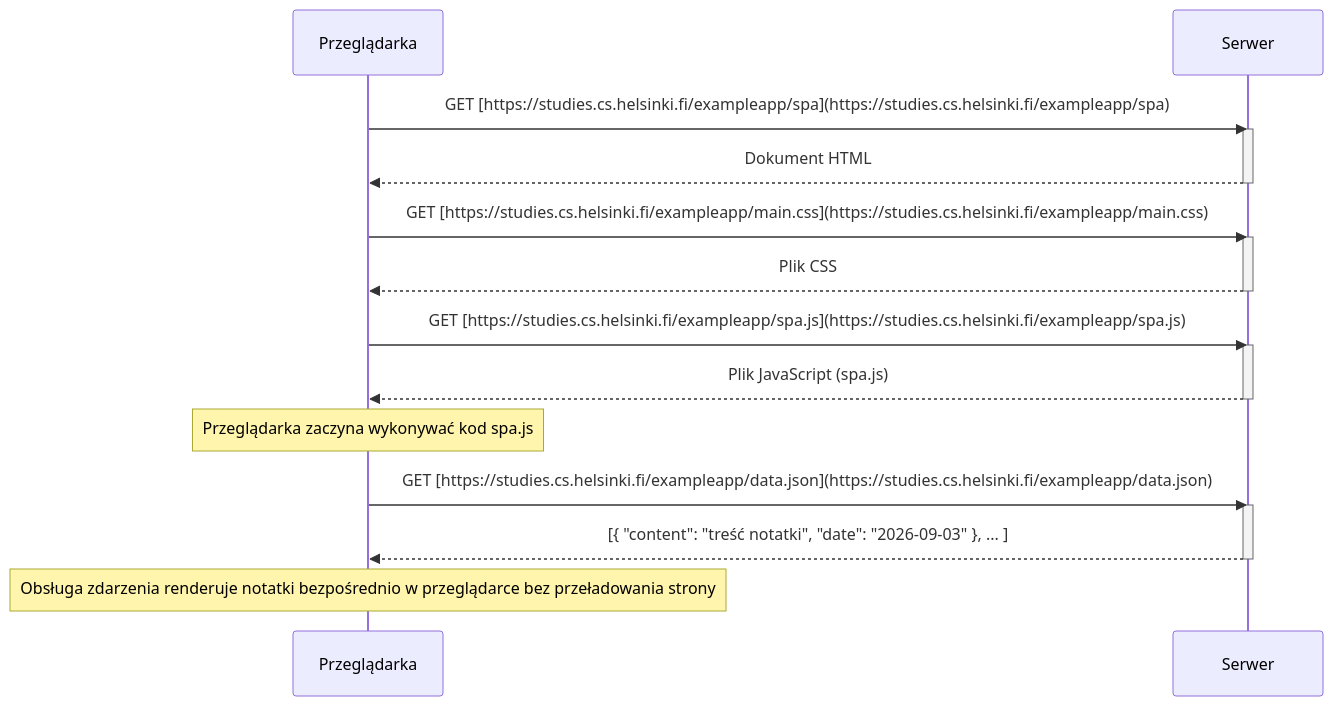
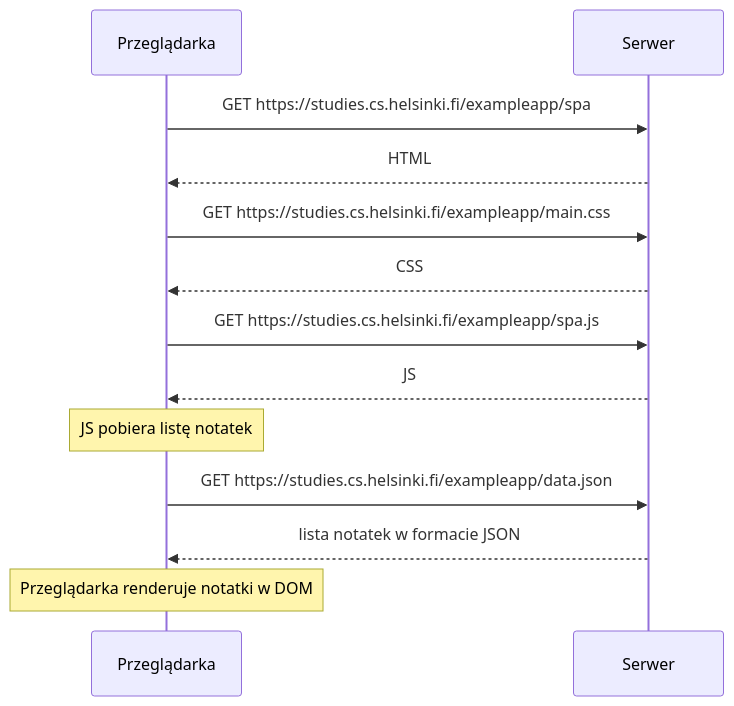
One commit to DenysChad333/fullstackGD changed the diagram in part0/0.5.md. Above: the diagram before and after it, drawn with Mermaid.

````diff
--- a/part0/0.5.md
+++ b/part0/0.5.md
@@ -1,29 +1,20 @@
 ```mermaid
 sequenceDiagram
-    participant browser as Przeglądarka
-    participant server as Serwer
+    participant B as Przeglądarka
+    participant S as Serwer
 
-    browser->>server: GET [https://studies.cs.helsinki.fi/exampleapp/spa](https://studies.cs.helsinki.fi/exampleapp/spa)
-    activate server
-    server-->>browser: Dokument HTML
-    deactivate server
+    B->>S: GET https://studies.cs.helsinki.fi/exampleapp/spa
+    S-->>B: HTML
 
-    browser->>server: GET [https://studies.cs.helsinki.fi/exampleapp/main.css](https://studies.cs.helsinki.fi/exampleapp/main.css)
-    activate server
-    server-->>browser: Plik CSS
-    deactivate server
+    B->>S: GET https://studies.cs.helsinki.fi/exampleapp/main.css
+    S-->>B: CSS
 
-    browser->>server: GET [https://studies.cs.helsinki.fi/exampleapp/spa.js](https://studies.cs.helsinki.fi/exampleapp/spa.js)
-    activate server
-    server-->>browser: Plik JavaScript (spa.js)
-    deactivate server
+    B->>S: GET https://studies.cs.helsinki.fi/exampleapp/spa.js
+    S-->>B: JS
 
-    Note over browser: Przeglądarka zaczyna wykonywać kod spa.js
+    Note over B: JS pobiera listę notatek
+    B->>S: GET https://studies.cs.helsinki.fi/exampleapp/data.json
+    S-->>B: lista notatek w formacie JSON
 
-    browser->>server: GET [https://studies.cs.helsinki.fi/exampleapp/data.json](https://studies.cs.helsinki.fi/exampleapp/data.json)
-    activate server
-    server-->>browser: [{ "content": "treść notatki", "date": "2026-09-03" }, ... ]
-    deactivate server
-
-    Note over browser: Obsługa zdarzenia renderuje notatki bezpośrednio w przeglądarce bez przeładowania strony
+    Note over B: Przeglądarka renderuje notatki w DOM
 ```
````
